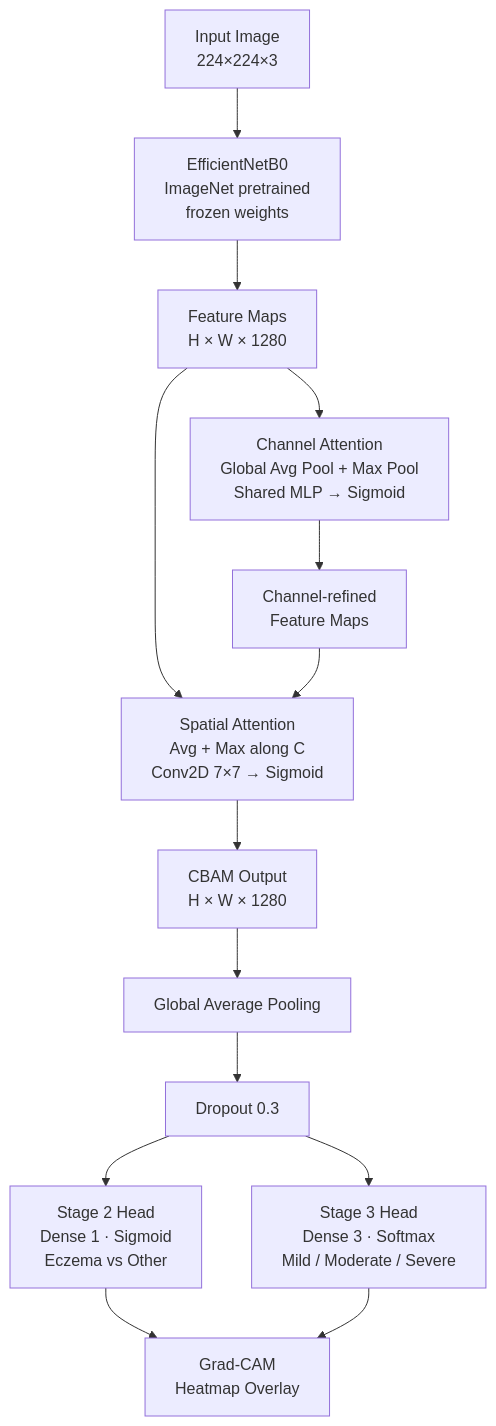
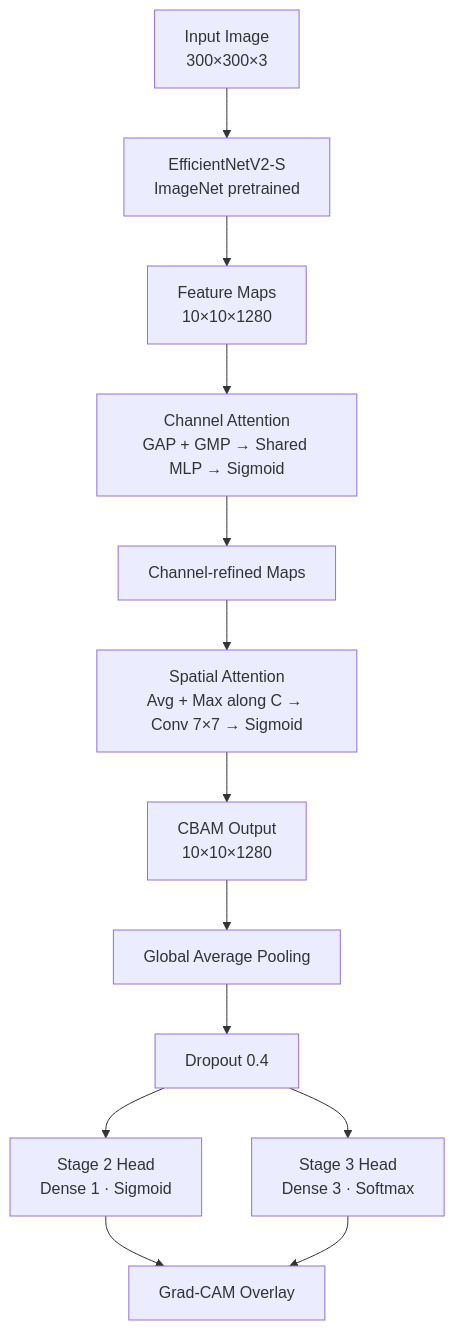
One commit to AruruGunabhiram/attention-enhanced-eczema-severity-classification changed the diagram in README.md. Above: the diagram before and after it, drawn with Mermaid. The commit also changed other lines of this file and 18 other files, not shown here.

````diff
--- a/README.md
+++ b/README.md
@@ -47,21 +48,19 @@
 ```mermaid
 flowchart TD
-    A[Input Image\n224×224×3] --> B[EfficientNetB0\nImageNet pretrained\nfrozen weights]
-    B --> C[Feature Maps\nH × W × 1280]
+    A[Input Image\n300×300×3] --> B[EfficientNetV2-S\nImageNet pretrained]
+    B --> C[Feature Maps\n10×10×1280]
 
-    C --> D1[Channel Attention\nGlobal Avg Pool + Max Pool\nShared MLP → Sigmoid]
-    C --> D2[Spatial Attention\nAvg + Max along C\nConv2D 7×7 → Sigmoid]
-
-    D1 --> E[Channel-refined\nFeature Maps]
-    E --> D2
-    D2 --> F[CBAM Output\nH × W × 1280]
+    C --> D1[Channel Attention\nGAP + GMP → Shared MLP → Sigmoid]
+    D1 --> E[Channel-refined Maps]
+    E --> D2[Spatial Attention\nAvg + Max along C → Conv 7×7 → Sigmoid]
+    D2 --> F[CBAM Output\n10×10×1280]
 
     F --> G[Global Average Pooling]
-    G --> H[Dropout 0.3]
+    G --> H[Dropout 0.4]
 
-    H --> I2[Stage 2 Head\nDense 1 · Sigmoid\nEczema vs Other]
-    H --> I3[Stage 3 Head\nDense 3 · Softmax\nMild / Moderate / Severe]
+    H --> I2[Stage 2 Head\nDense 1 · Sigmoid]
+    H --> I3[Stage 3 Head\nDense 3 · Softmax]
 
-    I2 --> J[Grad-CAM\nHeatmap Overlay]
+    I2 --> J[Grad-CAM Overlay]
     I3 --> J
 ```
````
